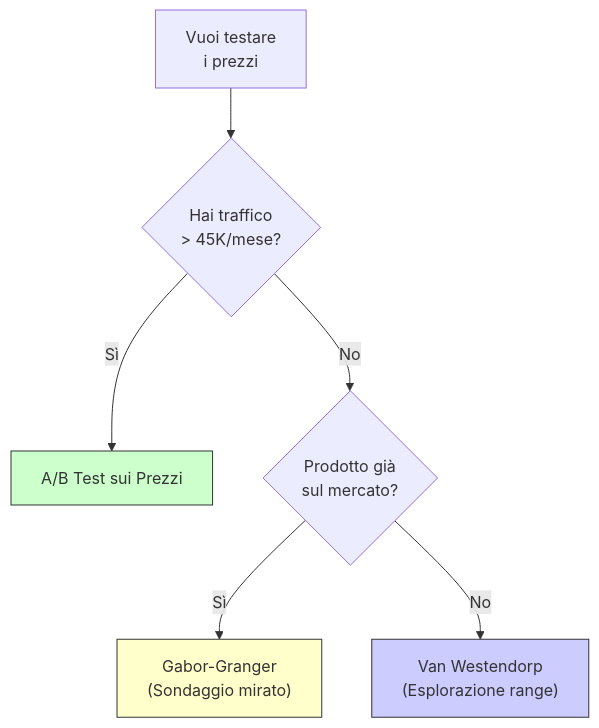
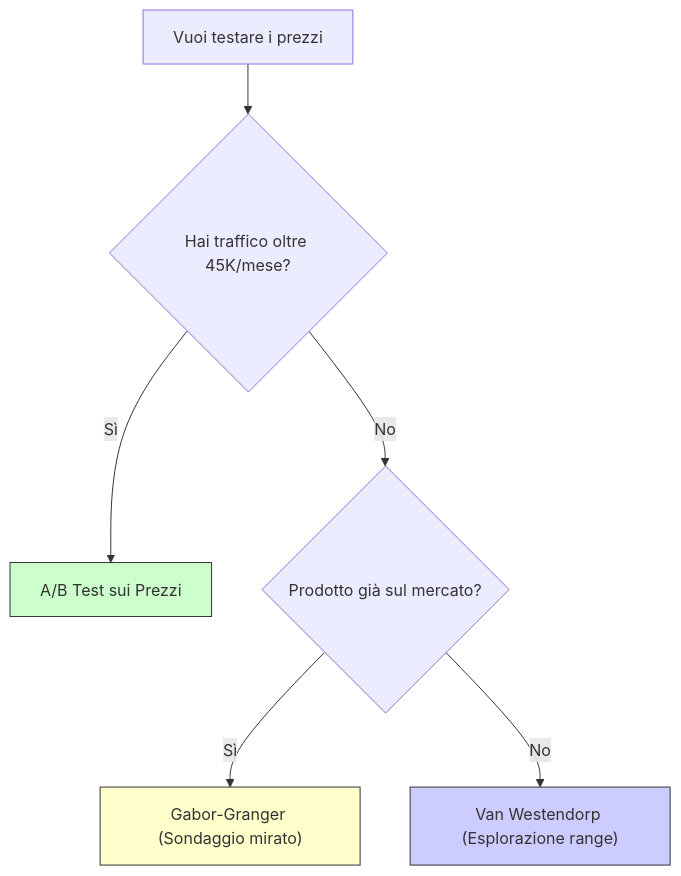
One commit to AndreyBertasini/gynnitech changed the diagram in src/content/blog/pricing-matematico.mdx. Above: the diagram before and after it, drawn with Mermaid. The commit also changed 11 other files, not shown here.

First line of the commit message:
fix(blog): fix mermaid syntax errors for v11.12.2 compatibility

````diff
--- a/src/content/blog/pricing-matematico.mdx
+++ b/src/content/blog/pricing-matematico.mdx
@@ -160,12 +160,12 @@
 ```mermaid
 graph TD
-    A["Vuoi testare<br>i prezzi"] --> B{"Hai traffico<br>> 45K/mese?"}
+    A["Vuoi testare i prezzi"] --> B{"Hai traffico oltre 45K/mese?"}
     B -- Sì --> C["A/B Test sui Prezzi"]
-    B -- No --> D{"Prodotto già<br>sul mercato?"}
-    D -- Sì --> E["Gabor-Granger<br>(Sondaggio mirato)"]
-    D -- No --> F["Van Westendorp<br>(Esplorazione range)"]
+    B -- No --> D{"Prodotto già sul mercato?"}
+    D -- Sì --> E["Gabor-Granger (Sondaggio mirato)"]
+    D -- No --> F["Van Westendorp (Esplorazione range)"]
     
     style C fill:#ccffcc,stroke:#333
     style E fill:#ffffcc,stroke:#333
     style F fill:#ccccff,stroke:#333
 ```
````
